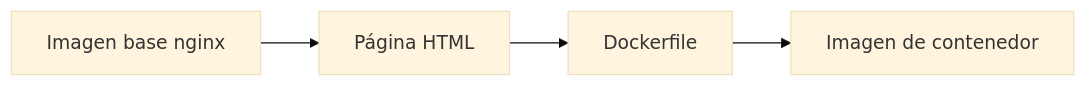
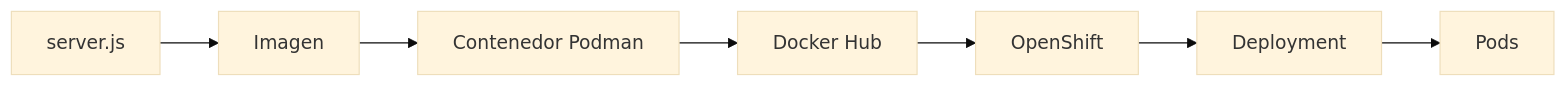
One commit to ieftraining/curso-openshift changed the first of 6 diagrams in docs/sesion1/1.8-practica-imagen-cluster-completo.md. Above: the diagram before and after it, drawn with Mermaid (base theme). The commit also changed other lines of this file, not shown here.

````diff
--- a/docs/sesion1/1.8-practica-imagen-cluster-completo.md
+++ b/docs/sesion1/1.8-practica-imagen-cluster-completo.md
@@ -59,7 +31,9 @@
 ```mermaid
 flowchart LR
-    A[Imagen base nginx]
-    --> B[Página HTML]
-    --> C[Dockerfile]
-    --> D[Imagen de contenedor]
+    A[server.js] --> B[Imagen]
+    B --> C[Contenedor Podman]
+    C --> D[Docker Hub]
+    D --> E[OpenShift]
+    E --> F[Deployment]
+    F --> G[Pods]
 ```
````
